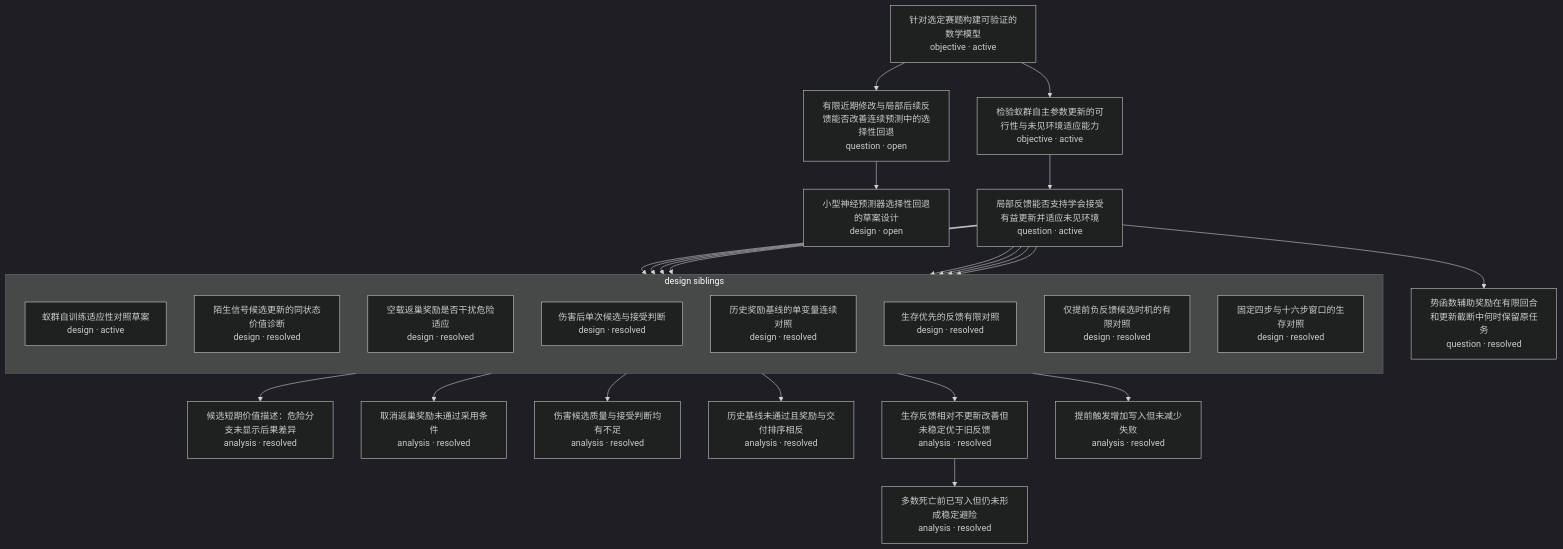
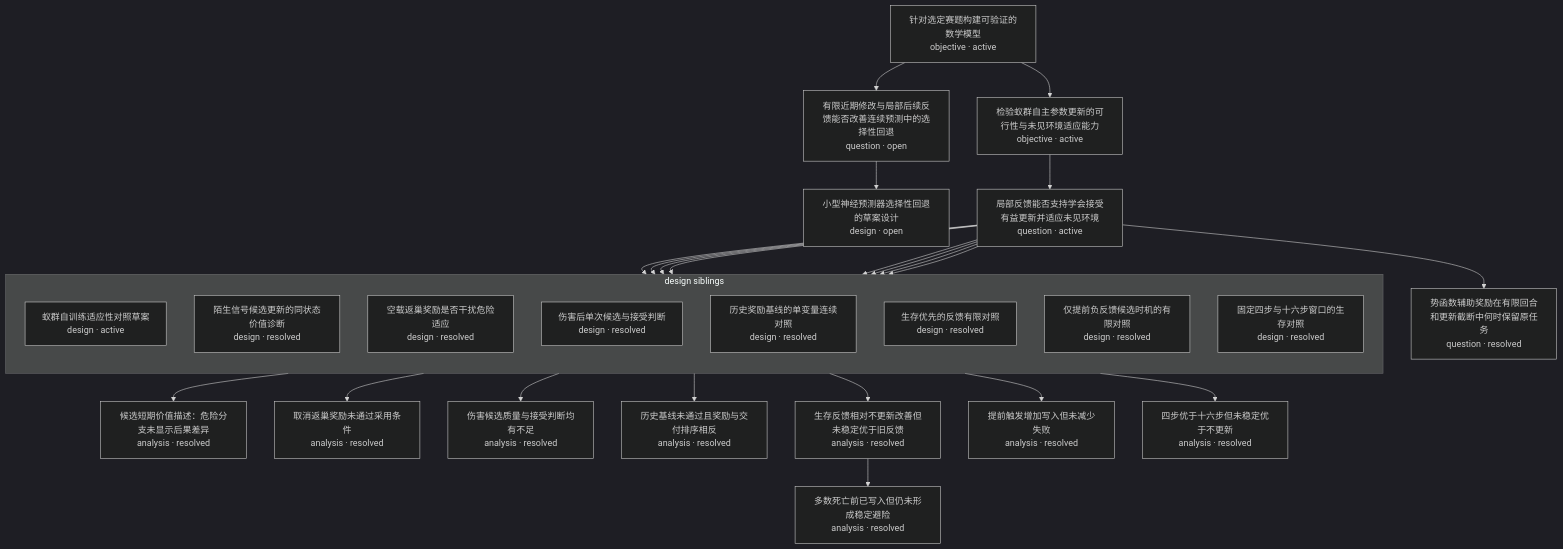
Before and after one commit to Akira-TL/Antomony: the diagram in research-tree/README.md, drawn with Mermaid (dark theme). The commit also changed other lines of this file and 7 other files, not shown here.

````diff
--- a/research-tree/README.md
+++ b/research-tree/README.md
@@ -5,47 +5,49 @@
 ```mermaid
 flowchart TD
     N1["针对选定赛题构建可验证的数学模型<br/>objective · active"]
     N2["有限近期修改与局部后续反馈能否改善连续预测中的选择性回退<br/>question · open"]
     N3["小型神经预测器选择性回退的草案设计<br/>design · open"]
     N4["检验蚁群自主参数更新的可行性与未见环境适应能力<br/>objective · active"]
     N5["局部反馈能否支持学会接受有益更新并适应未见环境<br/>question · active"]
     N8["候选短期价值描述：危险分支未显示后果差异<br/>analysis · resolved"]
     N10["取消返巢奖励未通过采用条件<br/>analysis · resolved"]
     N12["伤害候选质量与接受判断均有不足<br/>analysis · resolved"]
     N14["历史基线未通过且奖励与交付排序相反<br/>analysis · resolved"]
     N15["势函数辅助奖励在有限回合和更新截断中何时保留原任务<br/>question · resolved"]
     N17["生存反馈相对不更新改善但未稳定优于旧反馈<br/>analysis · resolved"]
     N18["多数死亡前已写入但仍未形成稳定避险<br/>analysis · resolved"]
     N20["提前触发增加写入但未减少失败<br/>analysis · resolved"]
+    N22["四步优于十六步但未稳定优于不更新<br/>analysis · resolved"]
     subgraph G5_design["design siblings"]
         direction TB
         N6["蚁群自训练适应性对照草案<br/>design · active"]
         N7["陌生信号候选更新的同状态价值诊断<br/>design · resolved"]
         N9["空载返巢奖励是否干扰危险适应<br/>design · resolved"]
         N11["伤害后单次候选与接受判断<br/>design · resolved"]
         N13["历史奖励基线的单变量连续对照<br/>design · resolved"]
         N16["生存优先的反馈有限对照<br/>design · resolved"]
         N19["仅提前负反馈候选时机的有限对照<br/>design · resolved"]
         N21["固定四步与十六步窗口的生存对照<br/>design · resolved"]
     end
     N1 --> N2
     N2 --> N3
     N1 --> N4
     N4 --> N5
     N5 --> N6
     N5 --> N7
     N7 --> N8
     N5 --> N9
     N9 --> N10
     N5 --> N11
     N11 --> N12
     N5 --> N13
     N13 --> N14
     N5 --> N15
     N5 --> N16
     N16 --> N17
     N17 --> N18
     N5 --> N19
     N19 --> N20
     N5 --> N21
+    N21 --> N22
 ```
````
